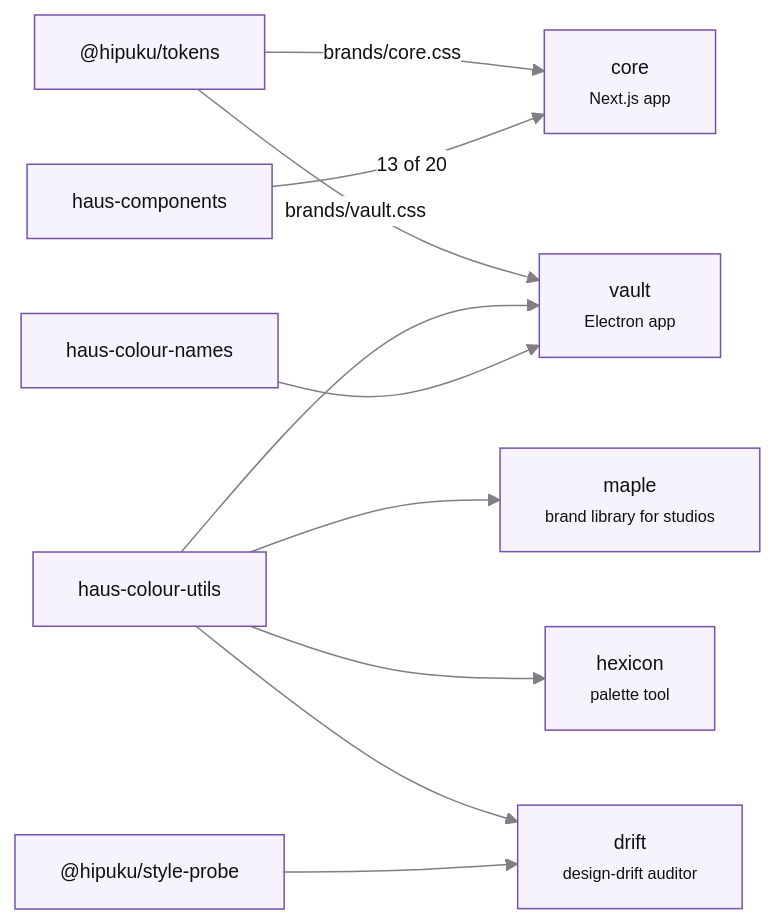
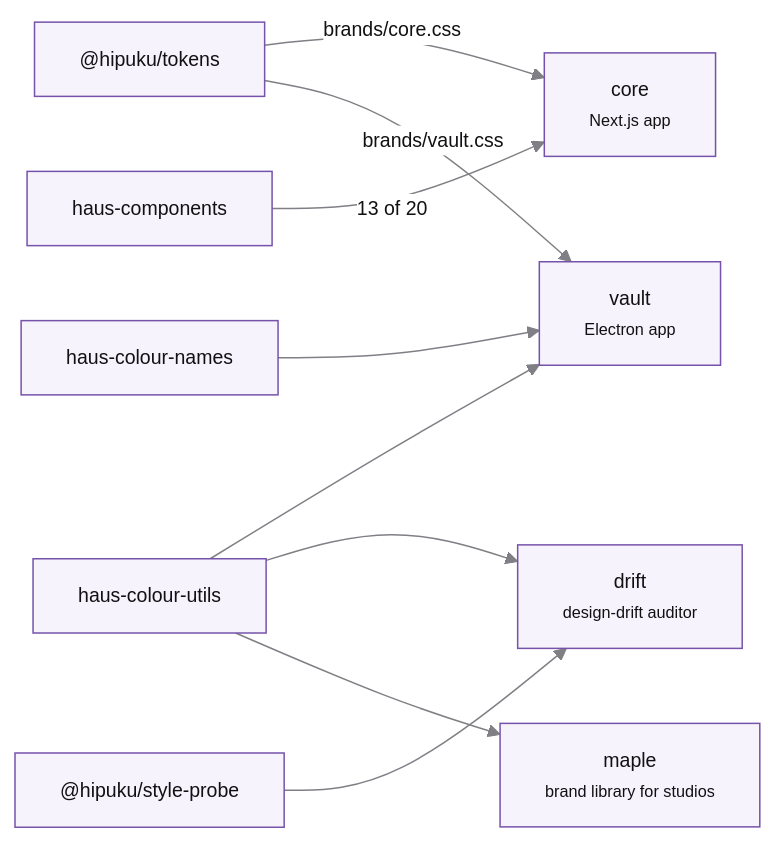
One commit to hipuku/haus changed the second of 4 diagrams in ARCHITECTURE.md. Above: the diagram before and after it, drawn with Mermaid. The commit also changed other lines of this file and 256 other files, not shown here.

````diff
--- a/ARCHITECTURE.md
+++ b/ARCHITECTURE.md
@@ -75,25 +75,23 @@
 ```mermaid
 %%{init: {'theme':'base','themeVariables':{'primaryColor':'#f6f3fc','primaryBorderColor':'#7653ab','primaryTextColor':'#111113','lineColor':'#807f85','secondaryColor':'#f5f4f9','tertiaryColor':'#ffffff','fontFamily':'Manrope, ui-sans-serif, system-ui','fontSize':'13px','clusterBkg':'#fcfbfe','clusterBorder':'#e7e7ed','titleColor':'#442a68','edgeLabelBackground':'#ffffff'},'themeCSS':'background-color:#ffffff;border-radius:8px;'}}%%
 flowchart LR
     T["@hipuku/tokens"]
     C["haus-components"]
     U["haus-colour-utils"]
     N["haus-colour-names"]
     P["@hipuku/style-probe"]
 
     CORE["core<br/><small>Next.js app</small>"]
     VAULT["vault<br/><small>Electron app</small>"]
     DRIFT["drift<br/><small>design-drift auditor</small>"]
-    HEX["hexicon<br/><small>palette tool</small>"]
     MAPLE["maple<br/><small>brand library for studios</small>"]
 
     T -- "brands/core.css" --> CORE
     C -- "13 of 20" --> CORE
     T -- "brands/vault.css" --> VAULT
     U --> VAULT
     N --> VAULT
     U --> DRIFT
     P --> DRIFT
-    U --> HEX
     U --> MAPLE
 ```
````
